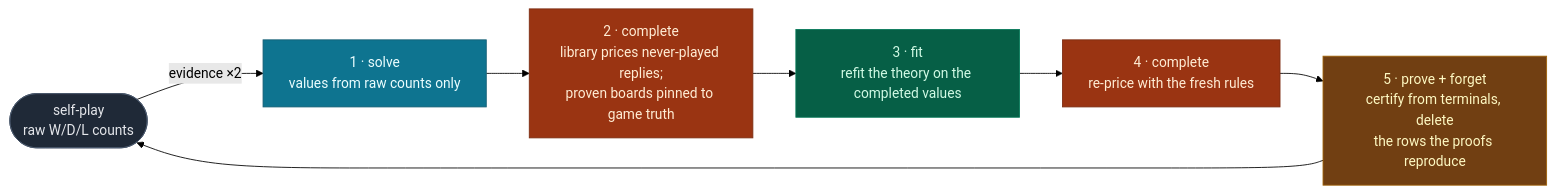
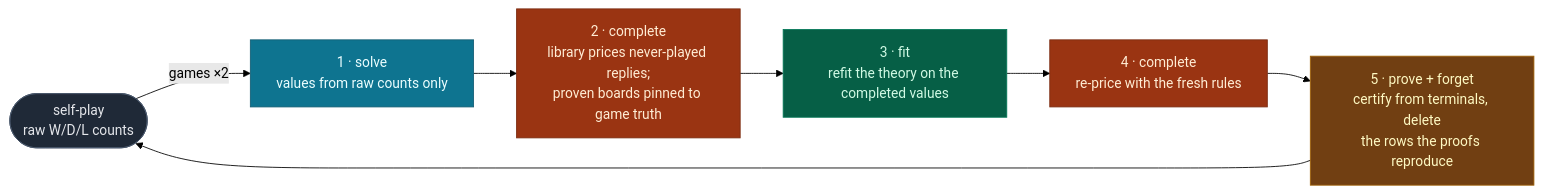
Before and after one commit to MatheweB/WiseExplorer: the sixth of 7 diagrams in README.md, drawn with Mermaid (forest theme). The commit also changed other lines of this file and 2 other files, not shown here.

First line of the commit message:
Refresh docs: games-doubling cadence + root early-stop

````diff
--- a/README.md
+++ b/README.md
@@ -279,14 +280,14 @@
 ```mermaid
 flowchart LR
     classDef ev fill:#0e7490,stroke:#155e75,color:#ecfeff
     classDef co fill:#9a3412,stroke:#7c2d12,color:#ffedd5
     classDef di fill:#065f46,stroke:#047857,color:#d1fae5
     classDef pr fill:#713f12,stroke:#a16207,color:#fef9c3
     classDef pl fill:#1f2937,stroke:#475569,color:#e5e7eb
-    P(["self-play<br/>raw W/D/L counts"]):::pl -->|"evidence ×2"| S["1 · solve<br/>values from raw counts only"]:::ev
+    P(["self-play<br/>raw W/D/L counts"]):::pl -->|"games ×2"| S["1 · solve<br/>values from raw counts only"]:::ev
     S --> C1["2 · complete<br/>library prices never-played replies;<br/>proven boards pinned to game truth"]:::co
     C1 --> D["3 · fit<br/>refit the theory on the completed values"]:::di
     D --> C2["4 · complete<br/>re-price with the fresh rules"]:::co
     C2 --> PR["5 · prove + forget<br/>certify from terminals, delete<br/>the rows the proofs reproduce"]:::pr
     PR --> P
 ```
````
